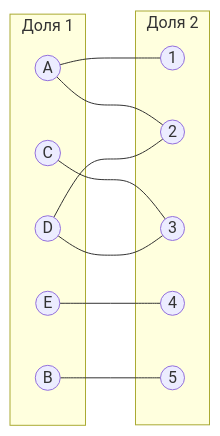
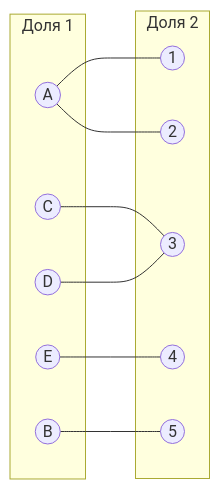
Before and after one commit to algos-ris-24-4/manual-tasks: the first of 7 diagrams in Задание 8/crani.md, drawn with Mermaid. The commit also changed other lines of this file, not shown here.

````diff
--- a/Задание 8/crani.md
+++ b/Задание 8/crani.md
@@ -56,24 +56,23 @@
 ```mermaid
 graph LR
     subgraph "Доля 1"
         A((A))
         B((B))
         C((C))
         D((D))
         E((E))
     end
     subgraph "Доля 2"
         1((1))
         2((2))
         3((3))
         4((4))
         5((5))
     end
     A --- 1
     A --- 2
     B --- 5
     C --- 3
     D --- 3
-    D --- 2
     E --- 4
 ```
````
